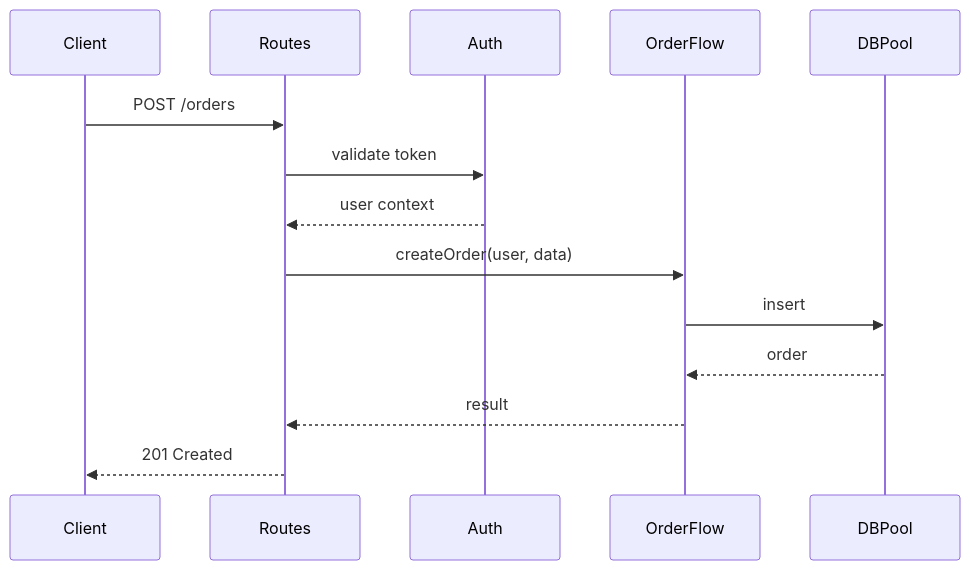
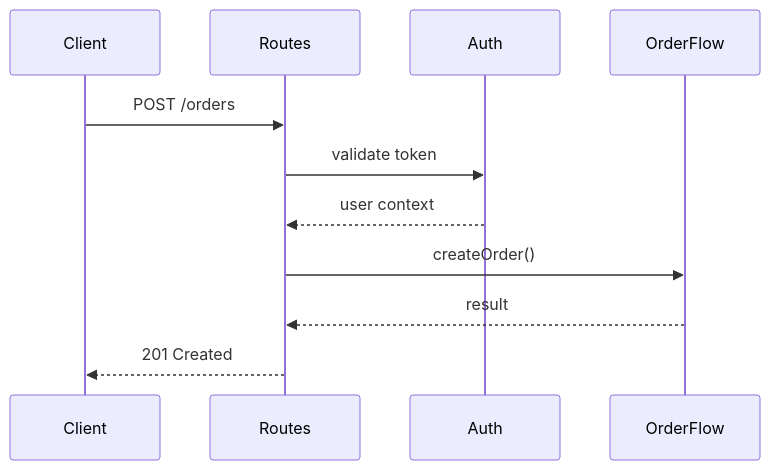
One commit to lagz0ne/c3-skill changed the second of 2 diagrams in skills/c3-container-design/SKILL.md. Above: the diagram before and after it, drawn with Mermaid. The commit also changed other lines of this file and 9 other files, not shown here.

````diff
--- a/skills/c3-container-design/SKILL.md
+++ b/skills/c3-container-design/SKILL.md
@@ -157,17 +92,9 @@
 ```mermaid
 sequenceDiagram
-    participant Client
-    participant Routes
-    participant Auth
-    participant OrderFlow
-    participant DBPool
-
     Client->>Routes: POST /orders
     Routes->>Auth: validate token
     Auth-->>Routes: user context
-    Routes->>OrderFlow: createOrder(user, data)
-    OrderFlow->>DBPool: insert
-    DBPool-->>OrderFlow: order
+    Routes->>OrderFlow: createOrder()
     OrderFlow-->>Routes: result
     Routes-->>Client: 201 Created
 ```
````
